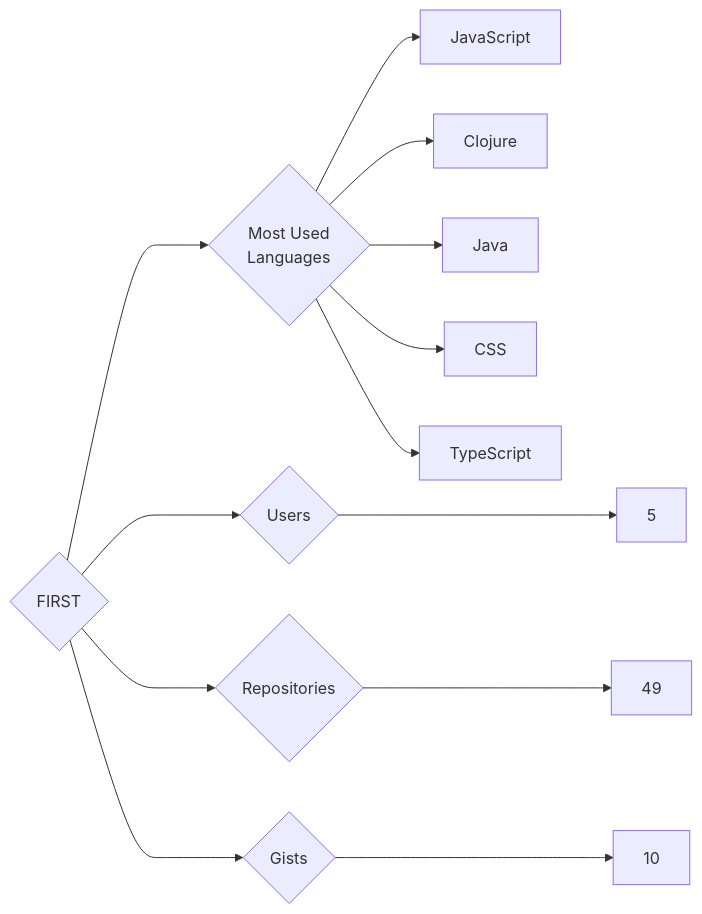
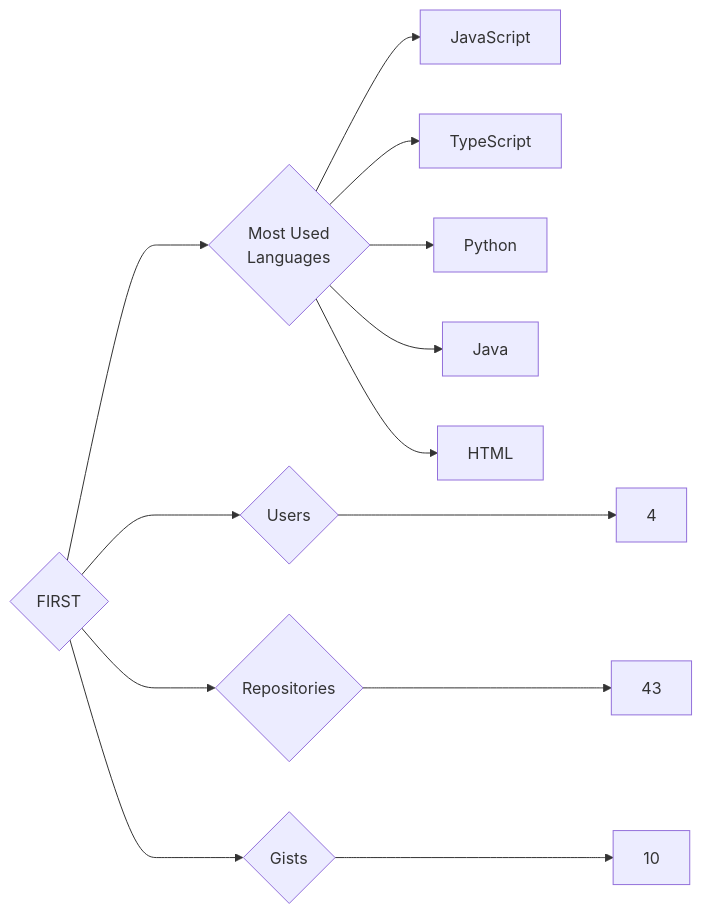
One commit to trickest/insiders changed the diagram in targets/FIRST/README.md. Above: the diagram before and after it, drawn with Mermaid. The commit also changed 815 other files, not shown here.

````diff
--- a/targets/FIRST/README.md
+++ b/targets/FIRST/README.md
@@ -3,13 +3,13 @@
 ```mermaid
 graph LR
 COMPANY_NAME{FIRST}
-COMPANY_NAME ---> U{Users} ---> UN[5]
-COMPANY_NAME ---> R{Repositories} ---> RN[49]
+COMPANY_NAME ---> U{Users} ---> UN[4]
+COMPANY_NAME ---> R{Repositories} ---> RN[43]
 COMPANY_NAME ---> G{Gists} ---> GN[10]
 COMPANY_NAME ---> ML{Most Used<br>Languages}
 ML --> JavaScript[JavaScript]
-ML --> Clojure[Clojure]
+ML --> TypeScript[TypeScript]
+ML --> Python[Python]
 ML --> Java[Java]
-ML --> CSS[CSS]
-ML --> TypeScript[TypeScript]
+ML --> HTML[HTML]
 ```
````
